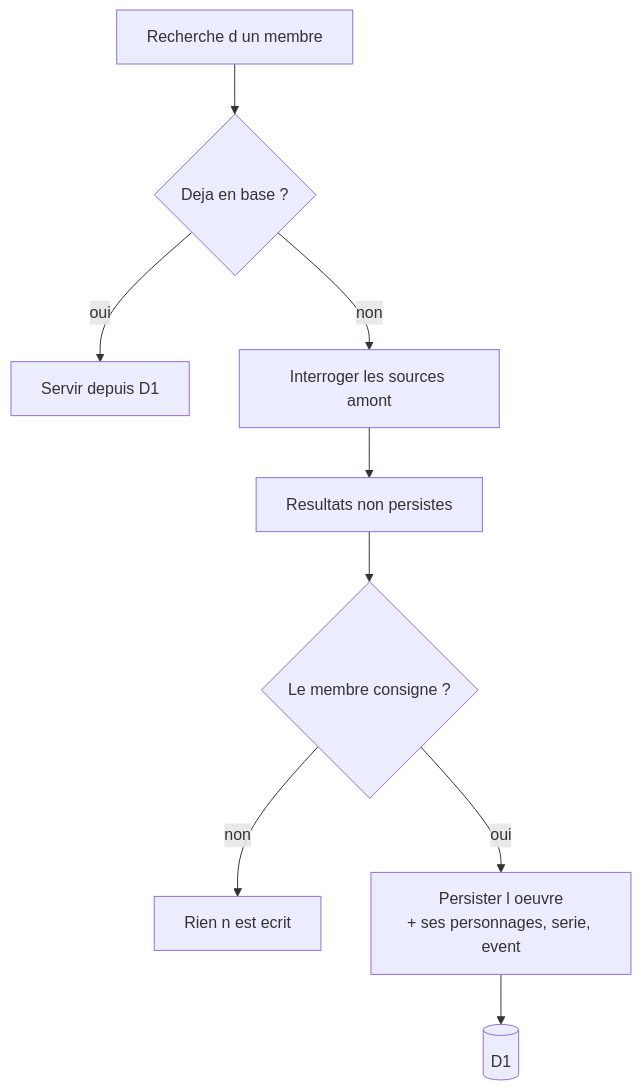
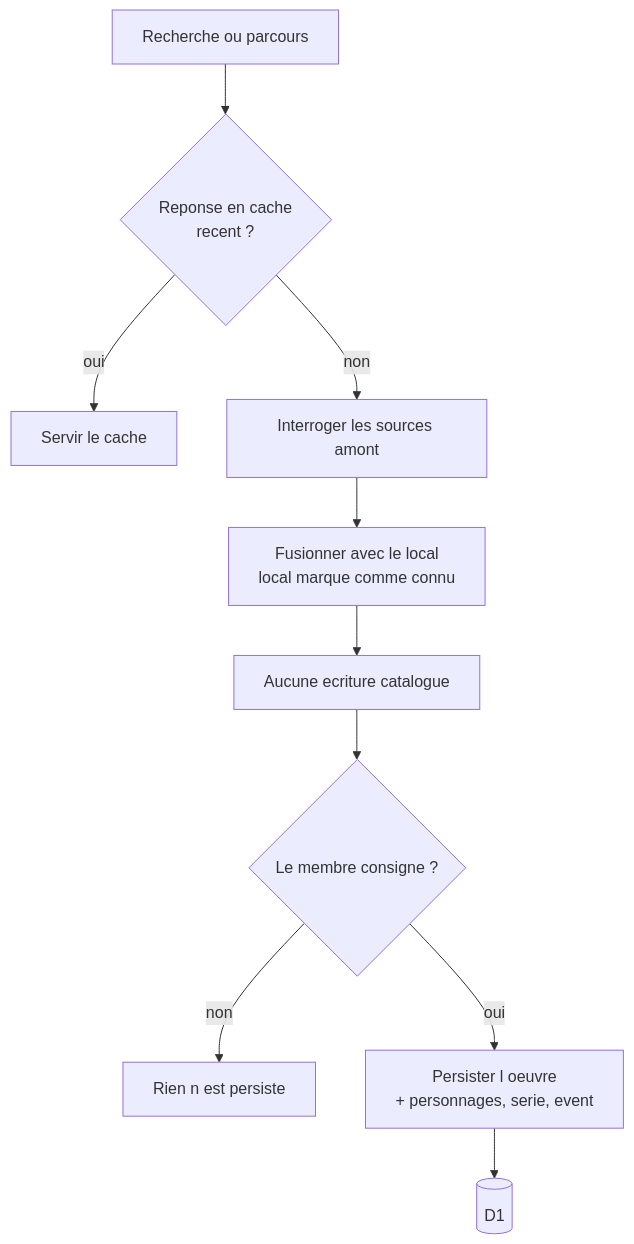
One commit to AntoineBoukhelifa/readerbox changed the third of 3 diagrams in docs/plans/2026-08-01-001-feat-compagnon-univers-marvel-plan.md. Above: the diagram before and after it, drawn with Mermaid. The commit also changed other lines of this file, not shown here.

````diff
--- a/docs/plans/2026-08-01-001-feat-compagnon-univers-marvel-plan.md
+++ b/docs/plans/2026-08-01-001-feat-compagnon-univers-marvel-plan.md
@@ -110,11 +123,12 @@
 ```mermaid
 flowchart TB
-  S[Recherche d un membre] --> Q{Deja en base ?}
-  Q -->|oui| L[Servir depuis D1]
-  Q -->|non| R[Interroger les sources amont]
-  R --> N[Resultats non persistes]
+  S[Recherche ou parcours] --> C{Reponse en cache<br/>recent ?}
+  C -->|oui| K[Servir le cache]
+  C -->|non| R[Interroger les sources amont]
+  R --> F[Fusionner avec le local<br/>local marque comme connu]
+  F --> N[Aucune ecriture catalogue]
   N --> X{Le membre consigne ?}
-  X -->|non| Z[Rien n est ecrit]
-  X -->|oui| I[Persister l oeuvre<br/>+ ses personnages, serie, event]
+  X -->|non| Z[Rien n est persiste]
+  X -->|oui| I[Persister l oeuvre<br/>+ personnages, serie, event]
   I --> D[(D1)]
 ```
````
